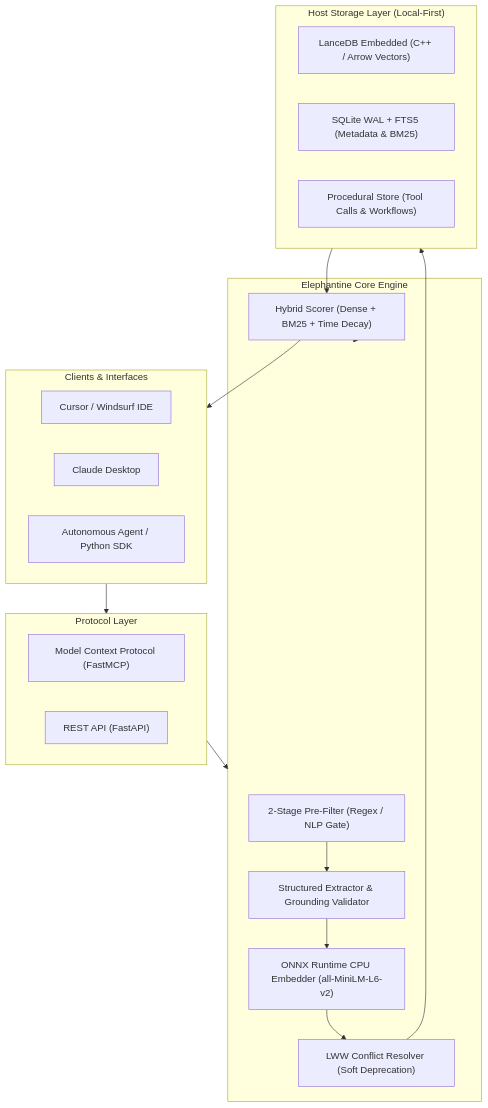
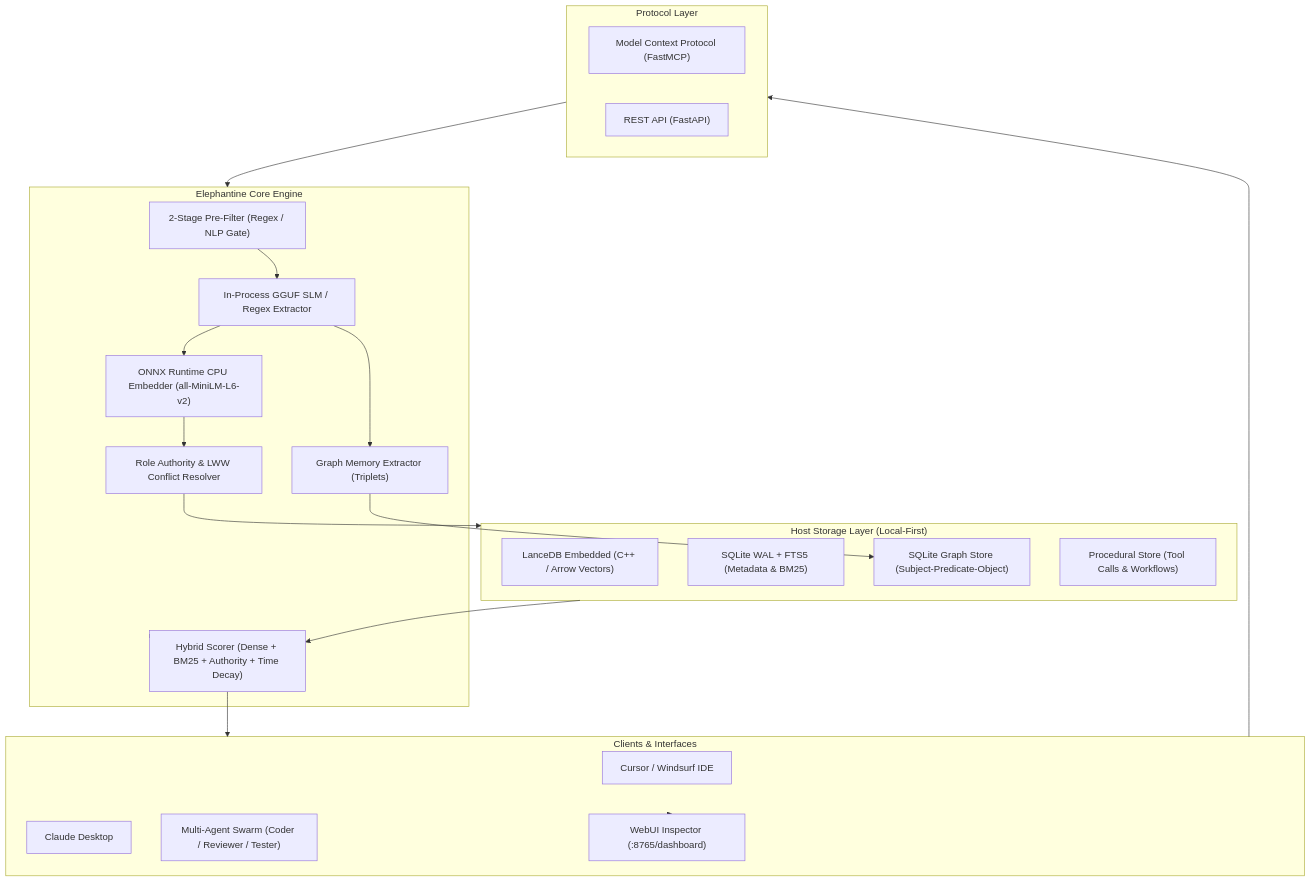
The diagram in README.md (partitect/elephantine), drawn with Mermaid before and after one commit. The commit also changed other lines of this file and 7 other files, not shown here.

Commit message:
feat: add multi-agent shared workspace, role authority consensus, and dashboard demo

````diff
--- a/README.md
+++ b/README.md
@@ -63,37 +75,43 @@
 ```mermaid
 flowchart TD
     subgraph Clients["Clients & Interfaces"]
         A1["Cursor / Windsurf IDE"]
         A2["Claude Desktop"]
-        A3["Autonomous Agent / Python SDK"]
+        A3["Multi-Agent Swarm (Coder / Reviewer / Tester)"]
+        A4["WebUI Inspector (:8765/dashboard)"]
     end
 
     subgraph MCP["Protocol Layer"]
         M1["Model Context Protocol (FastMCP)"]
         M2["REST API (FastAPI)"]
     end
 
     subgraph Engine["Elephantine Core Engine"]
         F1["2-Stage Pre-Filter (Regex / NLP Gate)"]
-        EX["Structured Extractor & Grounding Validator"]
-        CR["LWW Conflict Resolver (Soft Deprecation)"]
+        GGUF["In-Process GGUF SLM / Regex Extractor"]
+        CR["Role Authority & LWW Conflict Resolver"]
         ONNX["ONNX Runtime CPU Embedder (all-MiniLM-L6-v2)"]
-        SC["Hybrid Scorer (Dense + BM25 + Time Decay)"]
+        GR["Graph Memory Extractor (Triplets)"]
+        SC["Hybrid Scorer (Dense + BM25 + Authority + Time Decay)"]
     end
 
     subgraph Storage["Host Storage Layer (Local-First)"]
         V["LanceDB Embedded (C++ / Arrow Vectors)"]
         SQL["SQLite WAL + FTS5 (Metadata & BM25)"]
+        GSQL["SQLite Graph Store (Subject-Predicate-Object)"]
         PROC["Procedural Store (Tool Calls & Workflows)"]
     end
 
     Clients --> MCP
+    Clients --> A4
     MCP --> Engine
-    F1 --> EX
-    EX --> ONNX
+    F1 --> GGUF
+    GGUF --> ONNX
+    GGUF --> GR
     ONNX --> CR
+    GR --> GSQL
     CR --> Storage
     Engine --> SC
     Storage --> SC
     SC --> Clients
 ```
````
